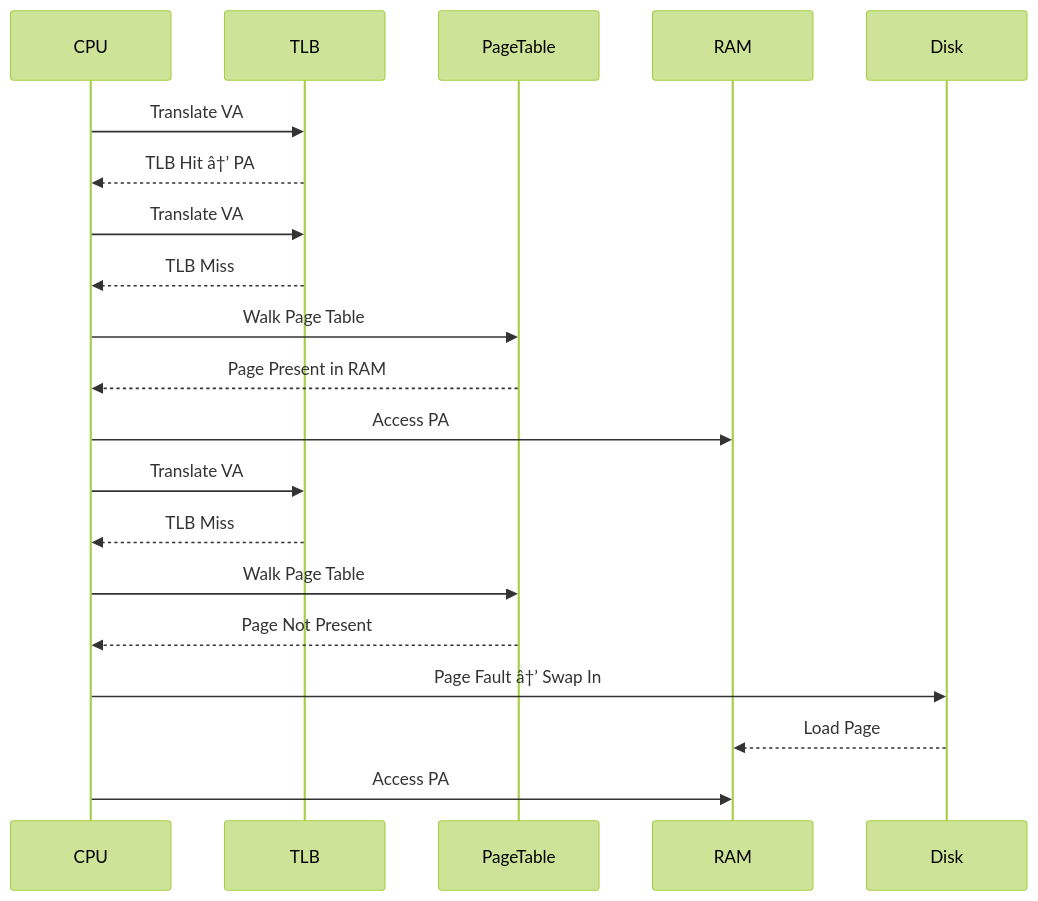
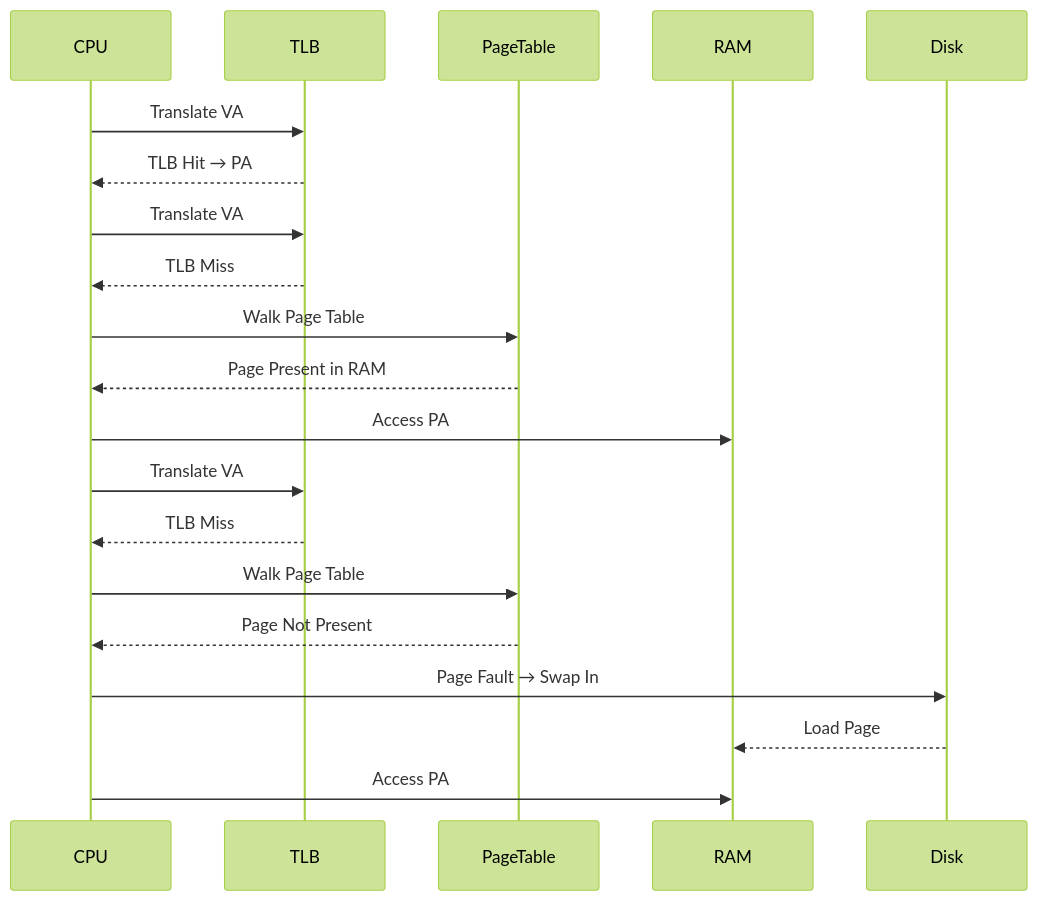
One commit to Raushan666java/ai-engineering-journey changed the second of 2 diagrams in docs/courses/ai-engineering-placement/00-core-computer-science/02-operating-systems.md. Above: the diagram before and after it, drawn with Mermaid (forest theme). The commit also changed other lines of this file and 20 other files, not shown here.

Commit message:
fix: repair mermaid syntax in 16 files (single backtick->triple), fix encoding in 5 core-CS files

````diff
--- a/docs/courses/ai-engineering-placement/00-core-computer-science/02-operating-systems.md
+++ b/docs/courses/ai-engineering-placement/00-core-computer-science/02-operating-systems.md
@@ -50,22 +50,22 @@
 ```mermaid
 sequenceDiagram
     participant CPU
     participant TLB
     participant PageTable
     participant RAM
     participant Disk
     CPU->>TLB: Translate VA
-    TLB-->>CPU: TLB Hit â†’ PA
+    TLB-->>CPU: TLB Hit → PA
     CPU->>TLB: Translate VA
     TLB-->>CPU: TLB Miss
     CPU->>PageTable: Walk Page Table
     PageTable-->>CPU: Page Present in RAM
     CPU->>RAM: Access PA
     CPU->>TLB: Translate VA
     TLB-->>CPU: TLB Miss
     CPU->>PageTable: Walk Page Table
     PageTable-->>CPU: Page Not Present
-    CPU->>Disk: Page Fault â†’ Swap In
+    CPU->>Disk: Page Fault → Swap In
     Disk-->>RAM: Load Page
     CPU->>RAM: Access PA
 ```
````
